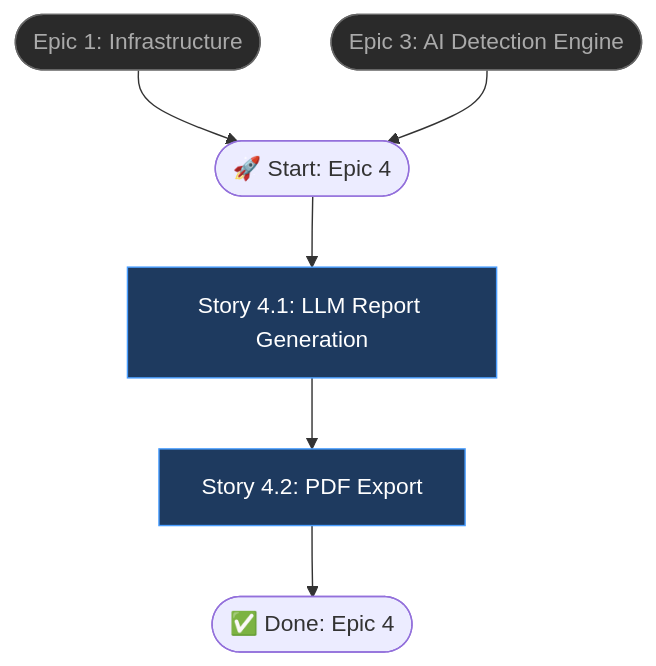
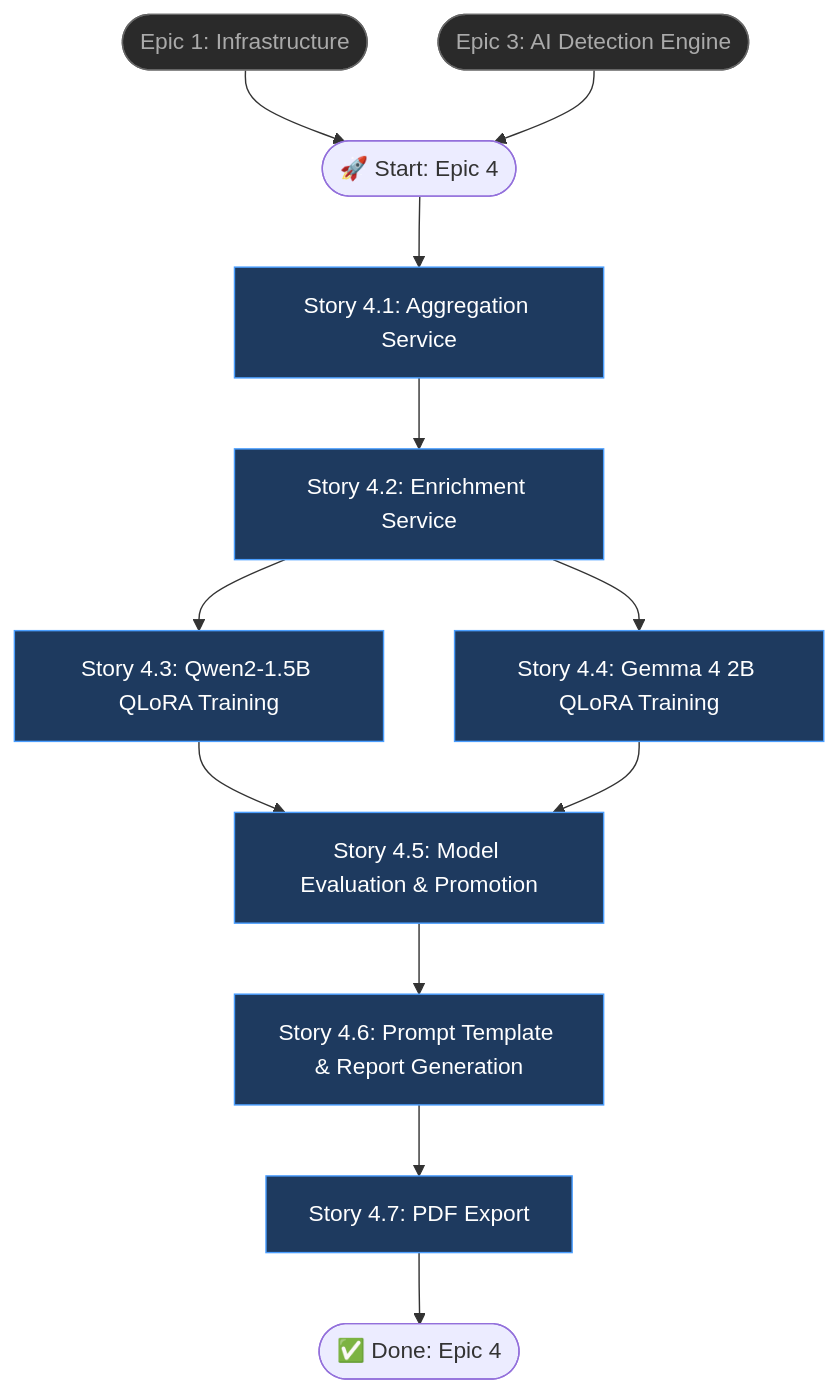
One commit to canhcutcon/final_project_ai changed the diagram in docs/prd/epic-4-nlp-report-generation.md. Above: the diagram before and after it, drawn with Mermaid. The commit also changed other lines of this file and 3 other files, not shown here.

Commit message:
feat: define production-level NLP report generation pipeline, model training, and service architecture

````diff
--- a/docs/prd/epic-4-nlp-report-generation.md
+++ b/docs/prd/epic-4-nlp-report-generation.md
@@ -9,13 +94,24 @@
 ```mermaid
 flowchart TD
     P1(["Epic 1: Infrastructure"]):::prev --> A
     P3(["Epic 3: AI Detection Engine"]):::prev --> A
-    A(["🚀 Start: Epic 4"]) --> B["Story 4.1: LLM Report Generation"]
-    B --> C["Story 4.2: PDF Export"]
-    C --> D(["✅ Done: Epic 4"])
+    A(["🚀 Start: Epic 4"]) --> B["Story 4.1: Aggregation Service"]
+    B --> C["Story 4.2: Enrichment Service"]
+    C --> D["Story 4.3: Qwen2-1.5B QLoRA Training"]
+    C --> E["Story 4.4: Gemma 4 2B QLoRA Training"]
+    D --> F["Story 4.5: Model Evaluation & Promotion"]
+    E --> F
+    F --> G["Story 4.6: Prompt Template & Report Generation"]
+    G --> H["Story 4.7: PDF Export"]
+    H --> I(["✅ Done: Epic 4"])
 
     B:::story
     C:::story
+    D:::story
+    E:::story
+    F:::story
+    G:::story
+    H:::story
     classDef story fill:#1e3a5f,stroke:#4a9eff,color:#fff
     classDef prev fill:#2a2a2a,stroke:#666,color:#aaa
 ```
````
